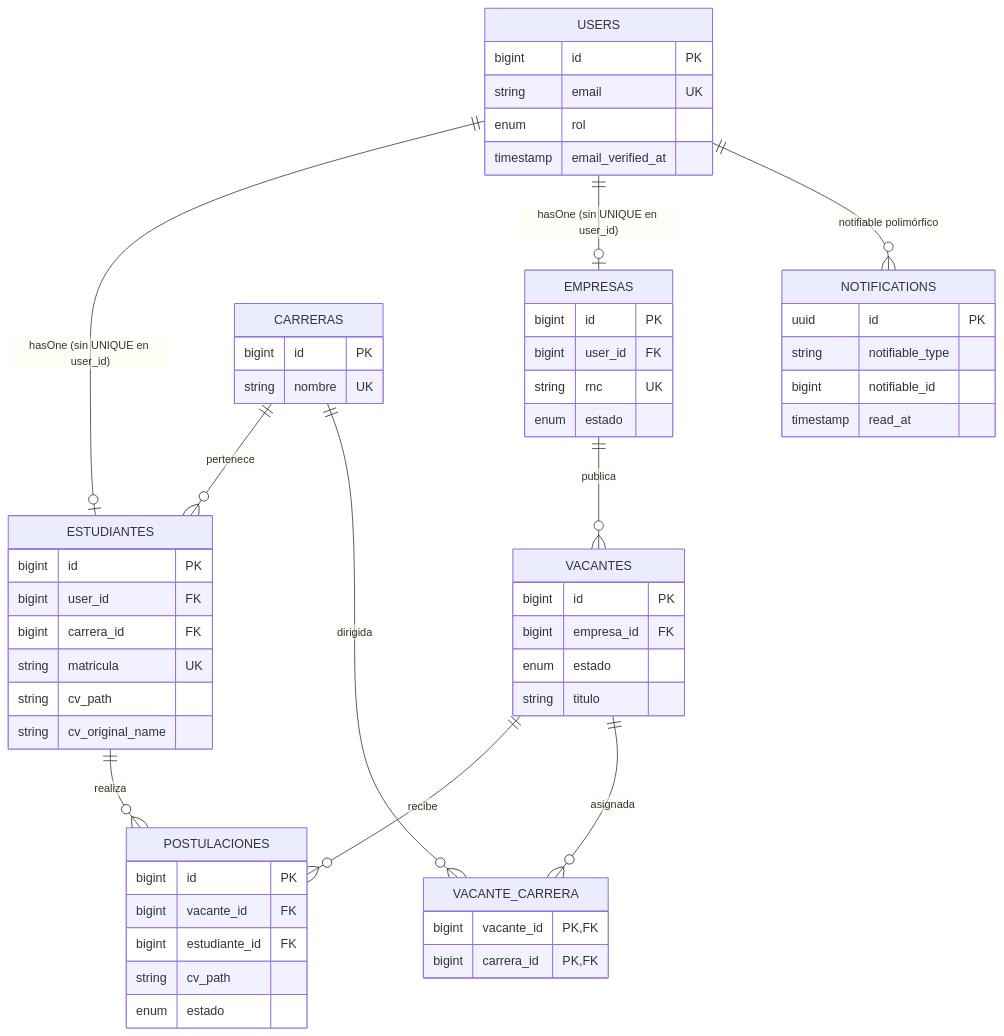
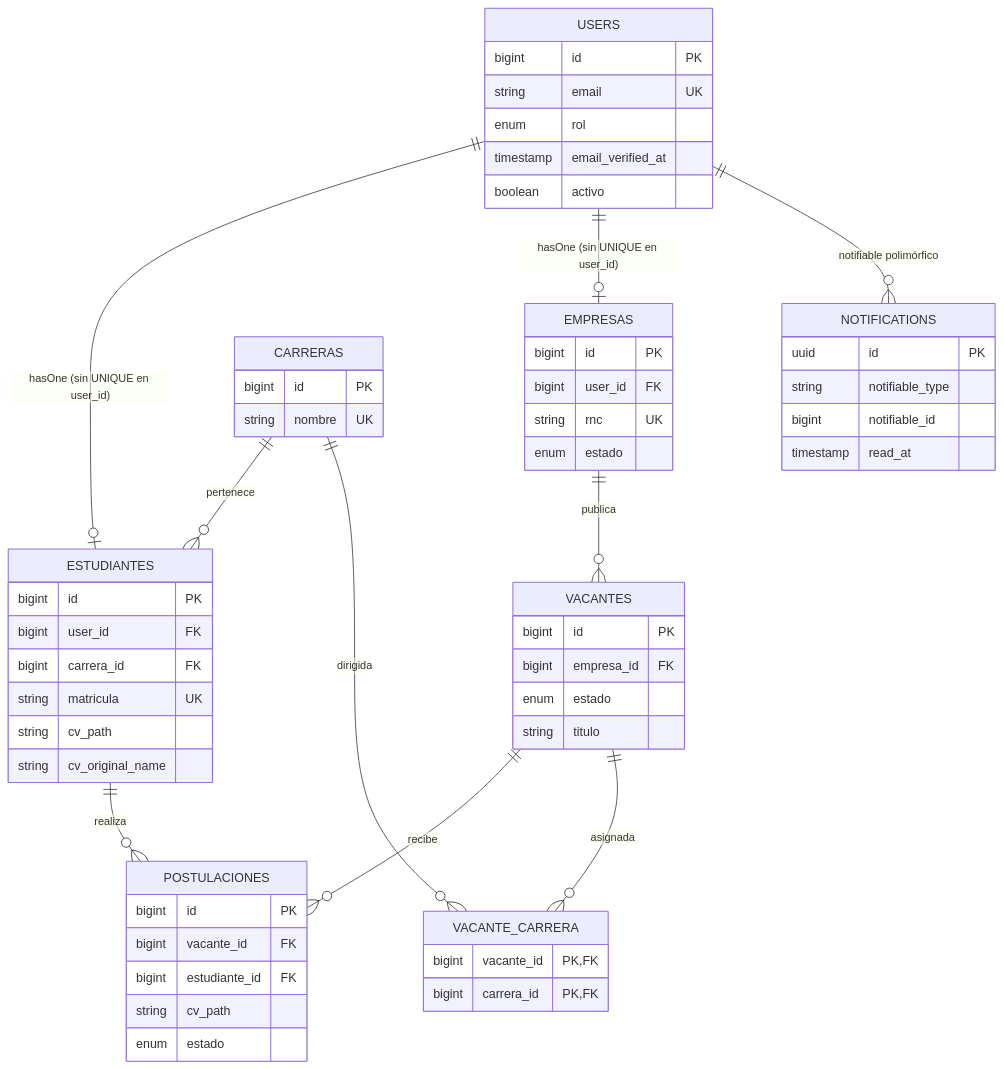
The first of 4 diagrams in DOCUMENTACION_TECNICA_PROYECTO.md (ioribel/Bolsa-Empleo-ITSC), drawn with Mermaid before and after one commit. The commit also changed other lines of this file and 56 other files, not shown here.

````diff
--- a/DOCUMENTACION_TECNICA_PROYECTO.md
+++ b/DOCUMENTACION_TECNICA_PROYECTO.md
@@ -227,60 +229,61 @@
 ```mermaid
 erDiagram
     USERS ||--o| ESTUDIANTES : "hasOne (sin UNIQUE en user_id)"
     USERS ||--o| EMPRESAS : "hasOne (sin UNIQUE en user_id)"
     CARRERAS ||--o{ ESTUDIANTES : "pertenece"
     EMPRESAS ||--o{ VACANTES : publica
     VACANTES ||--o{ POSTULACIONES : recibe
     ESTUDIANTES ||--o{ POSTULACIONES : realiza
     VACANTES ||--o{ VACANTE_CARRERA : asignada
     CARRERAS ||--o{ VACANTE_CARRERA : dirigida
     USERS ||--o{ NOTIFICATIONS : "notifiable polimórfico"
 
     USERS {
         bigint id PK
         string email UK
         enum rol
         timestamp email_verified_at
+        boolean activo
     }
     ESTUDIANTES {
         bigint id PK
         bigint user_id FK
         bigint carrera_id FK
         string matricula UK
         string cv_path
         string cv_original_name
     }
     EMPRESAS {
         bigint id PK
         bigint user_id FK
         string rnc UK
         enum estado
     }
     CARRERAS {
         bigint id PK
         string nombre UK
     }
     VACANTES {
         bigint id PK
         bigint empresa_id FK
         enum estado
         string titulo
     }
     VACANTE_CARRERA {
         bigint vacante_id PK, FK
         bigint carrera_id PK, FK
     }
     POSTULACIONES {
         bigint id PK
         bigint vacante_id FK
         bigint estudiante_id FK
         string cv_path
         enum estado
     }
     NOTIFICATIONS {
         uuid id PK
         string notifiable_type
         bigint notifiable_id
         timestamp read_at
     }
 ```
````
